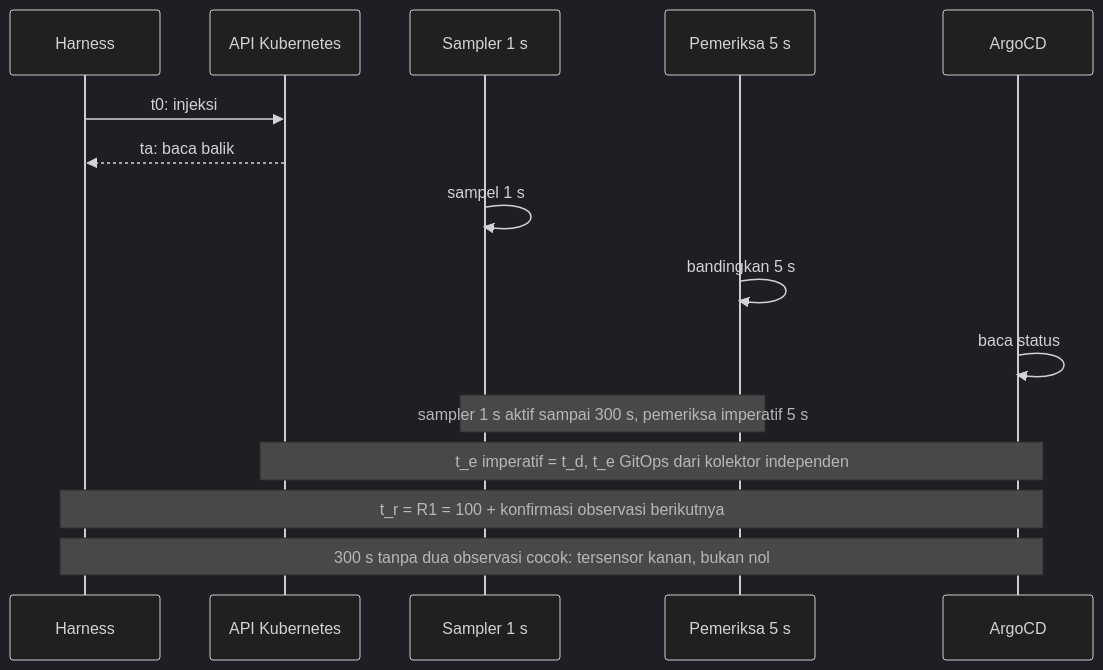
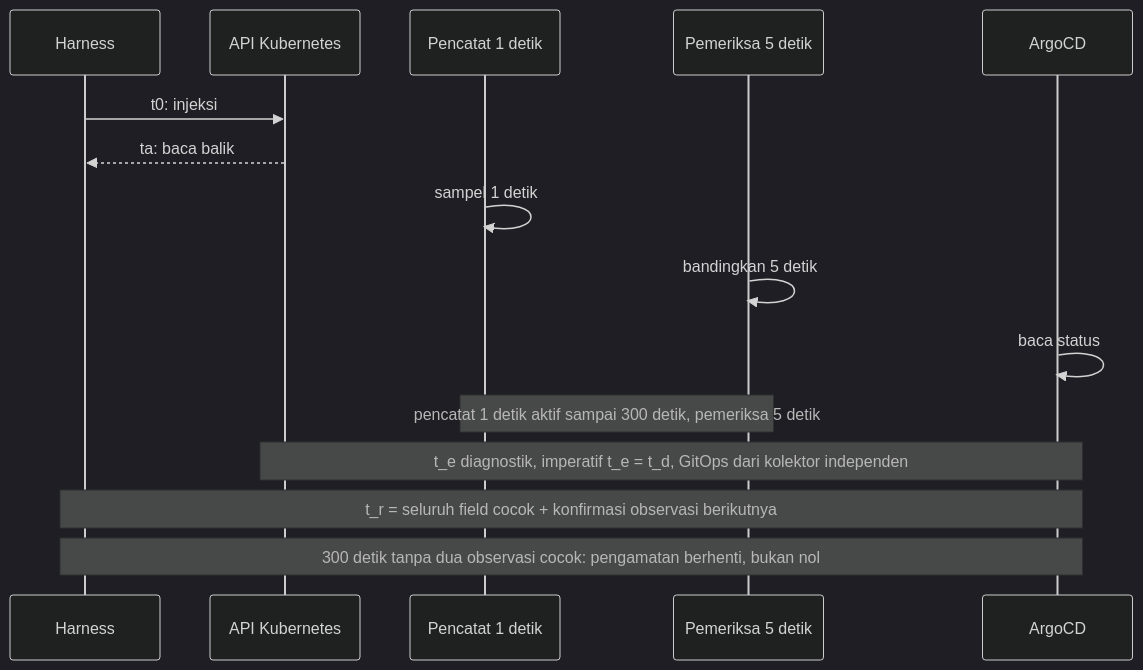
One commit to vityasyyy/skripsi changed the diagram in content/skripsi/diagrams/src/fig-measurement-timeline.mmd. Above: the diagram before and after it, drawn with Mermaid (dark theme). The commit also changed 33 other files, not shown here.

```diff
--- a/content/skripsi/diagrams/src/fig-measurement-timeline.mmd
+++ b/content/skripsi/diagrams/src/fig-measurement-timeline.mmd
@@ -1,15 +1,15 @@
 sequenceDiagram
   participant H as Harness
   participant K as API Kubernetes
-  participant S as Sampler 1 s
-  participant P as Pemeriksa 5 s
+  participant S as Pencatat 1 detik
+  participant P as Pemeriksa 5 detik
   participant A as ArgoCD
   H->>K: t0: injeksi
   K-->>H: ta: baca balik
-  S->>S: sampel 1 s
-  P->>P: bandingkan 5 s
+  S->>S: sampel 1 detik
+  P->>P: bandingkan 5 detik
   A->>A: baca status
-  Note over S,P: sampler 1 s aktif sampai 300 s, pemeriksa imperatif 5 s
-  Note over K,A: t_e imperatif = t_d, t_e GitOps dari kolektor independen
-  Note over H,A: t_r = R1 = 100 + konfirmasi observasi berikutnya
-  Note over H,A: 300 s tanpa dua observasi cocok: tersensor kanan, bukan nol
+  Note over S,P: pencatat 1 detik aktif sampai 300 detik, pemeriksa 5 detik
+  Note over K,A: t_e diagnostik, imperatif t_e = t_d, GitOps dari kolektor independen
+  Note over H,A: t_r = seluruh field cocok + konfirmasi observasi berikutnya
+  Note over H,A: 300 detik tanpa dua observasi cocok: pengamatan berhenti, bukan nol
```
